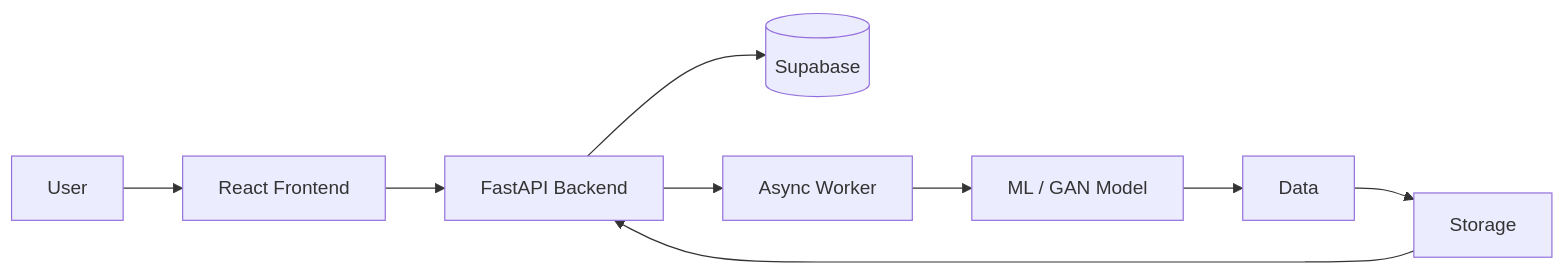
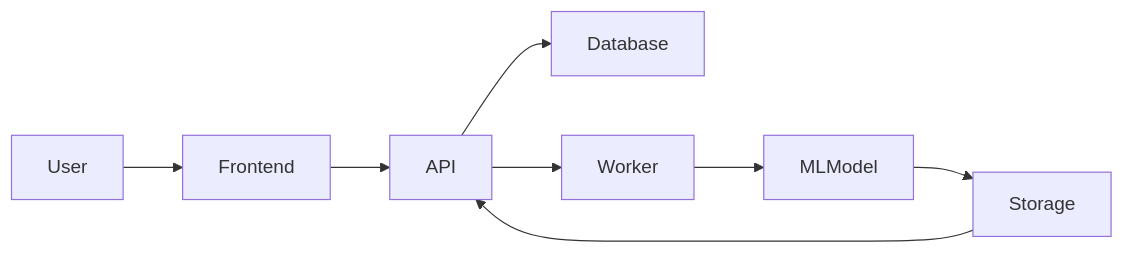
One commit to sivarajv04/sivarajv04 changed the fourth of 5 diagrams in README.md. Above: the diagram before and after it, drawn with Mermaid. The commit also changed other lines of this file, not shown here.

````diff
--- a/README.md
+++ b/README.md
@@ -215,19 +224,11 @@
 ```mermaid
 flowchart LR
 
-User --> Frontend[React Frontend]
-
-Frontend --> API[FastAPI Backend]
-
-API --> Database[(Supabase)]
-
-API --> Worker[Async Worker]
-
-Worker --> MLModel[ML / GAN Model]
-
-MLModel --> Data
-
-Data --> Storage
-
+User --> Frontend
+Frontend --> API
+API --> Database
+API --> Worker
+Worker --> MLModel
+MLModel --> Storage
 Storage --> API
 ```
````
